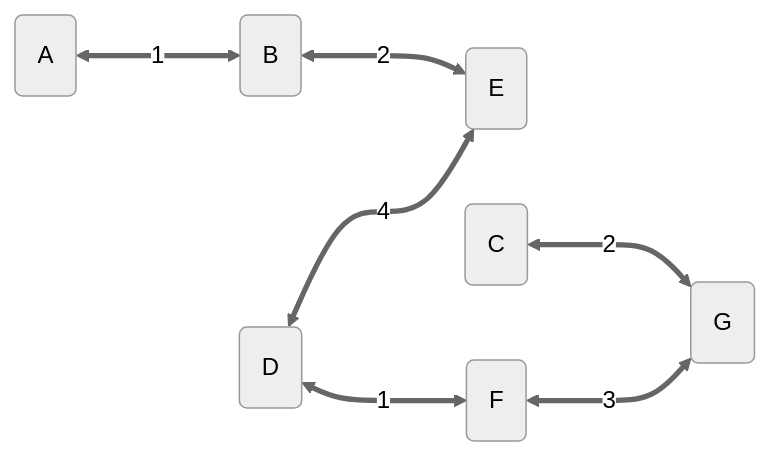
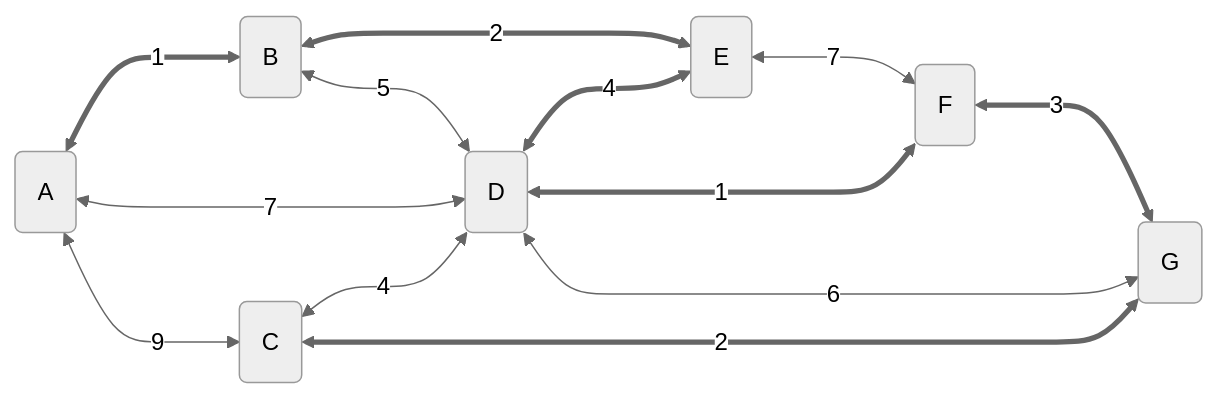
The eighth of 8 diagrams in _posts/DataStructures/Graph/2021-10-06-并查集与最小生成树.md (dmjcb/dmjcb.github.io), drawn with Mermaid (neutral theme) before and after one commit. The commit also changed other lines of this file and 122 other files, not shown here.

Commit message:
修复图形显示BUG

````diff
--- a/_posts/DataStructures/Graph/2021-10-06-并查集与最小生成树.md
+++ b/_posts/DataStructures/Graph/2021-10-06-并查集与最小生成树.md
@@ -184,14 +222,20 @@
 ```mermaid
 graph LR;
     a(A)<==1===>b(B)
+    a(A)<--7--->d(d)
+    a(A)<--9--->c(C)
 
     b(B)<==2===>e(E)
+    b(B)<--5--->d(D)
 
+    c(C)<--4--->d(D)
     c(C)<==2===>g(G)
 
     d(D)<==4===>e(E)
     d(D)<==1===>f(F)
+    d(D)<--6--->g(G)
 
+    e(E)<--7--->f(F)
 
     f(F)<==3===>g(G)
 ```
````
